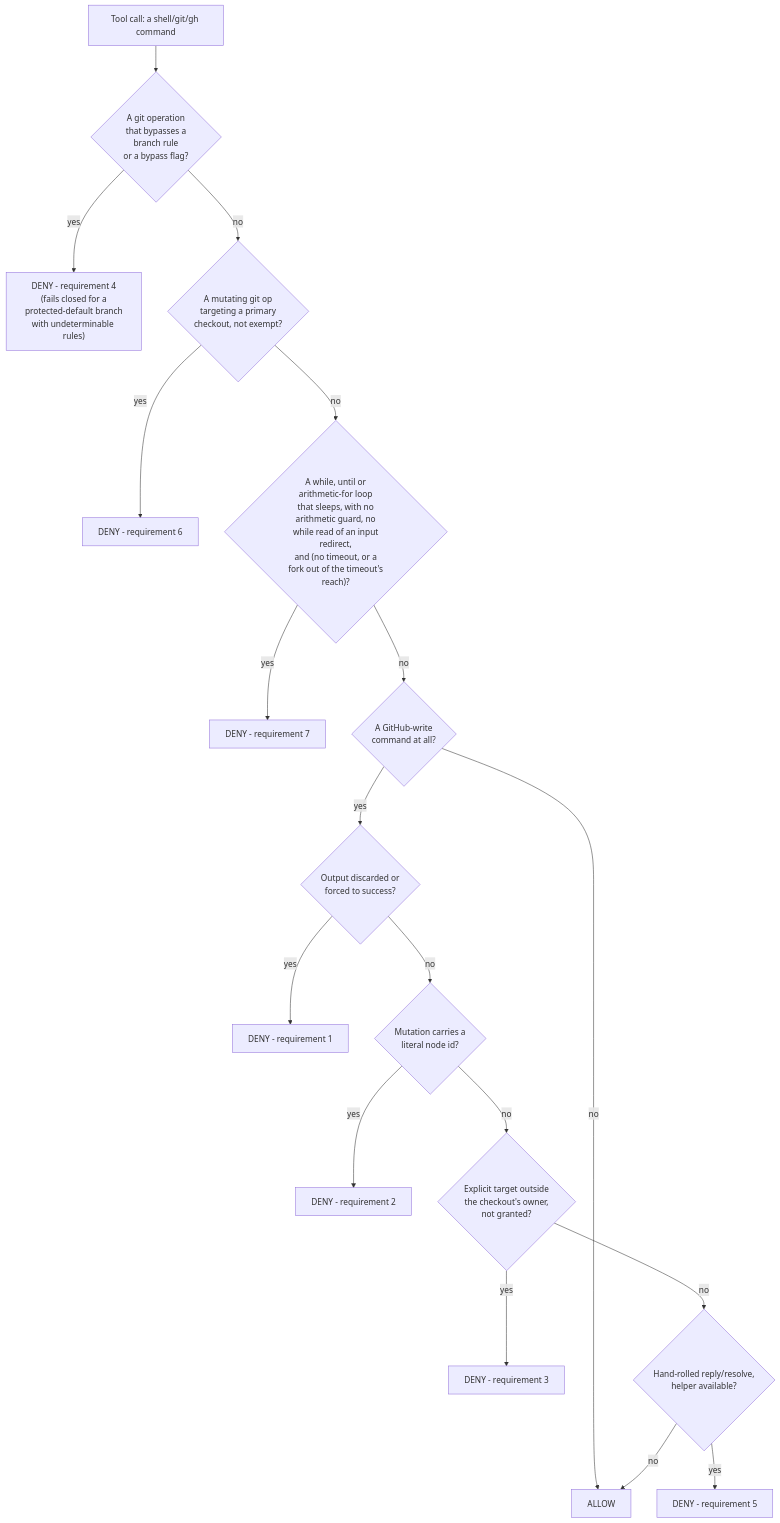
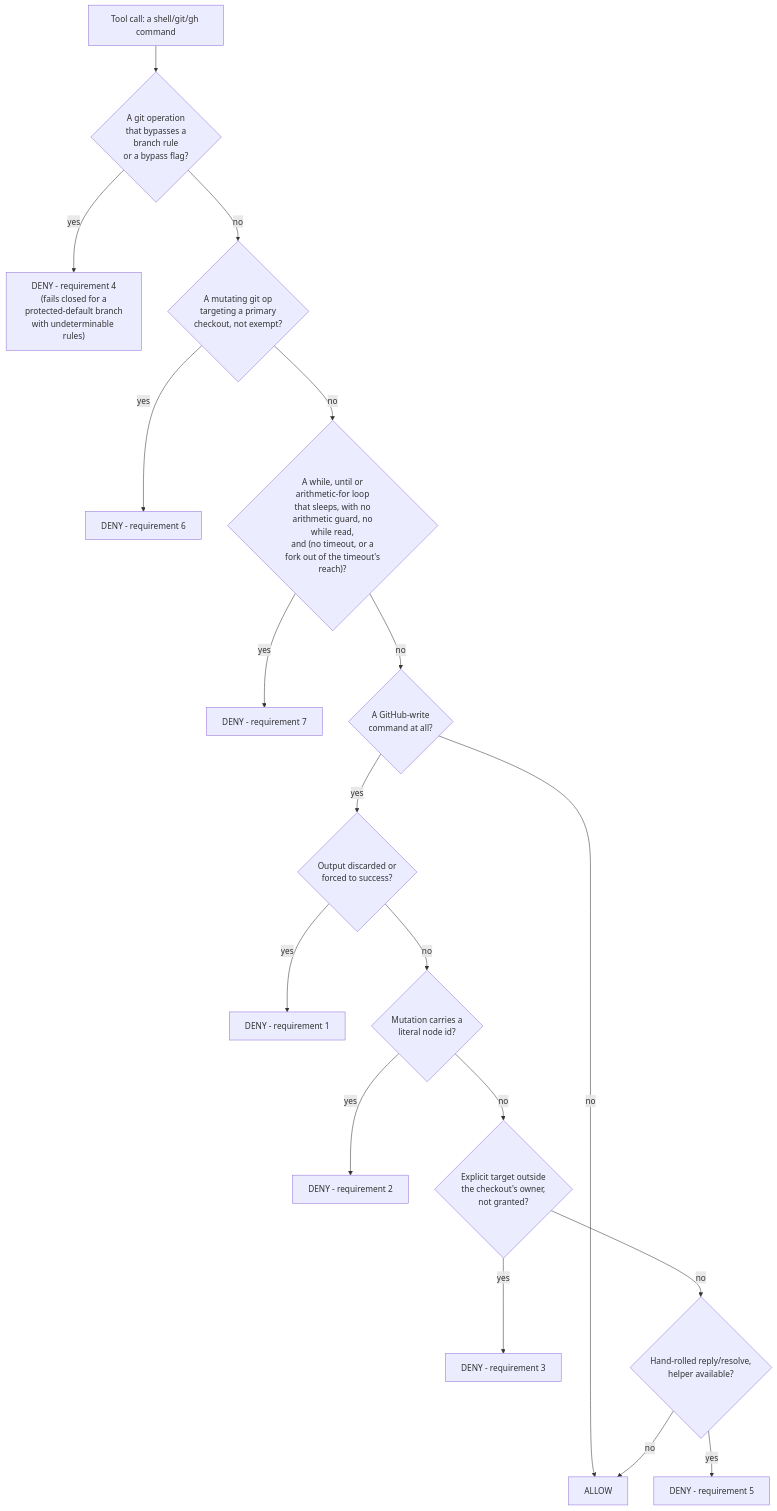
The first of 2 diagrams in host-setup/agent-safety/README.md (ptr727/ProjectTemplate), drawn with Mermaid before and after one commit. The commit also changed other lines of this file and 2 other files, not shown here.

First line of the commit message:
State the Write Guard Requirements in Their Fail-Open Reading

````diff
--- a/host-setup/agent-safety/README.md
+++ b/host-setup/agent-safety/README.md
@@ -644,20 +111,20 @@
 ```mermaid
 flowchart TD
     cmd["Tool call: a shell/git/gh command"] --> isgit{"A git operation\nthat bypasses a\nbranch rule\nor a bypass flag?"}
     isgit -- yes --> deny4["DENY - requirement 4\n(fails closed for a\nprotected-default branch\nwith undeterminable rules)"]
     isgit -- no --> isprimary{"A mutating git op\ntargeting a primary\ncheckout, not exempt?"}
     isprimary -- yes --> deny6["DENY - requirement 6"]
-    isprimary -- no --> iswait{"A while, until or\narithmetic-for loop\nthat sleeps, with no\narithmetic guard, no\nwhile read of an input\nredirect,\nand (no timeout, or a\nfork out of the timeout's\nreach)?"}
+    isprimary -- no --> iswait{"A while, until or\narithmetic-for loop\nthat sleeps, with no\narithmetic guard, no\nwhile read,\nand (no timeout, or a\nfork out of the timeout's\nreach)?"}
     iswait -- yes --> deny7["DENY - requirement 7"]
     iswait -- no --> isghwrite{"A GitHub-write\ncommand at all?"}
     isghwrite -- no --> allow["ALLOW"]
     isghwrite -- yes --> suppressed{"Output discarded or\nforced to success?"}
     suppressed -- yes --> deny1["DENY - requirement 1"]
     suppressed -- no --> literalid{"Mutation carries a\nliteral node id?"}
     literalid -- yes --> deny2["DENY - requirement 2"]
     literalid -- no --> crossowner{"Explicit target outside\nthe checkout's owner,\nnot granted?"}
     crossowner -- yes --> deny3["DENY - requirement 3"]
     crossowner -- no --> handrolled{"Hand-rolled reply/resolve,\nhelper available?"}
     handrolled -- yes --> deny5["DENY - requirement 5"]
     handrolled -- no --> allow
 ```
````
